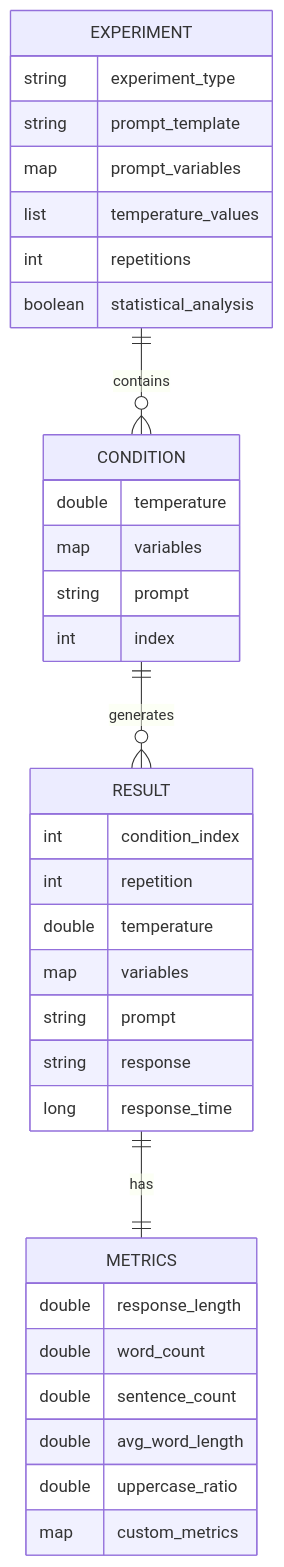
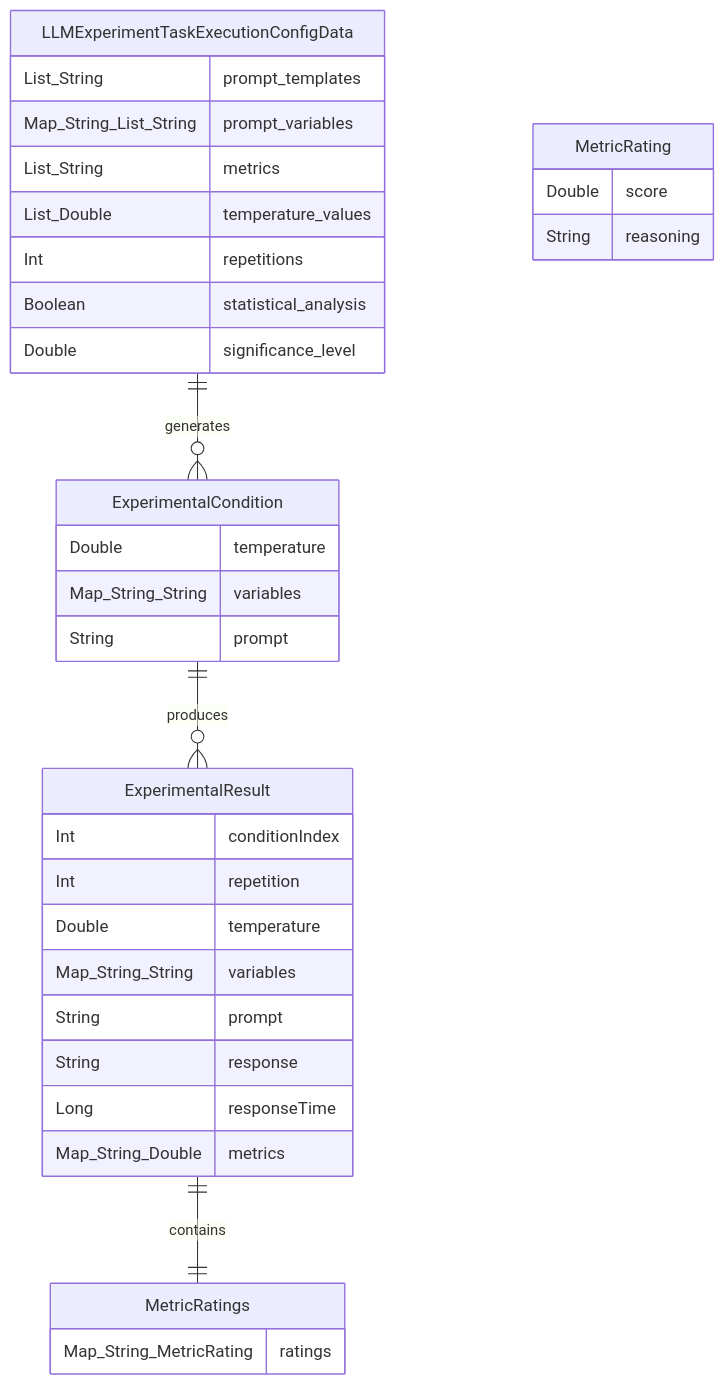
Before and after one commit to SimiaCryptus/Cognotik: diagram 17 of 22 in docs/LLMExperimentTask.md, drawn with Mermaid. The commit also changed other lines of this file and 7 other files, not shown here.

````diff
--- a/docs/LLMExperimentTask.md
+++ b/docs/LLMExperimentTask.md
@@ -636,41 +600,42 @@
 ```mermaid
 erDiagram
-    EXPERIMENT ||--o{ CONDITION : contains
-    CONDITION ||--o{ RESULT : generates
-    RESULT ||--|| METRICS : has
+    LLMExperimentTaskExecutionConfigData ||--o{ ExperimentalCondition : generates
+    ExperimentalCondition ||--o{ ExperimentalResult : produces
+    ExperimentalResult ||--|| MetricRatings : contains
 
-    EXPERIMENT {
-        string experiment_type
-        string prompt_template
-        map prompt_variables
-        list temperature_values
-        int repetitions
-        boolean statistical_analysis
+    LLMExperimentTaskExecutionConfigData {
+        List_String prompt_templates
+        Map_String_List_String prompt_variables
+        List_String metrics
+        List_Double temperature_values
+        Int repetitions
+        Boolean statistical_analysis
+        Double significance_level
     }
 
-    CONDITION {
-        double temperature
-        map variables
-        string prompt
-        int index
+    ExperimentalCondition {
+        Double temperature
+        Map_String_String variables
+        String prompt
     }
 
-    RESULT {
-        int condition_index
-        int repetition
-        double temperature
-        map variables
-        string prompt
-        string response
-        long response_time
+    ExperimentalResult {
+        Int conditionIndex
+        Int repetition
+        Double temperature
+        Map_String_String variables
+        String prompt
+        String response
+        Long responseTime
+        Map_String_Double metrics
     }
 
-    METRICS {
-        double response_length
-        double word_count
-        double sentence_count
-        double avg_word_length
-        double uppercase_ratio
-        map custom_metrics
+    MetricRatings {
+        Map_String_MetricRating ratings
+    }
+
+    MetricRating {
+        Double score
+        String reasoning
     }
 ```
````
